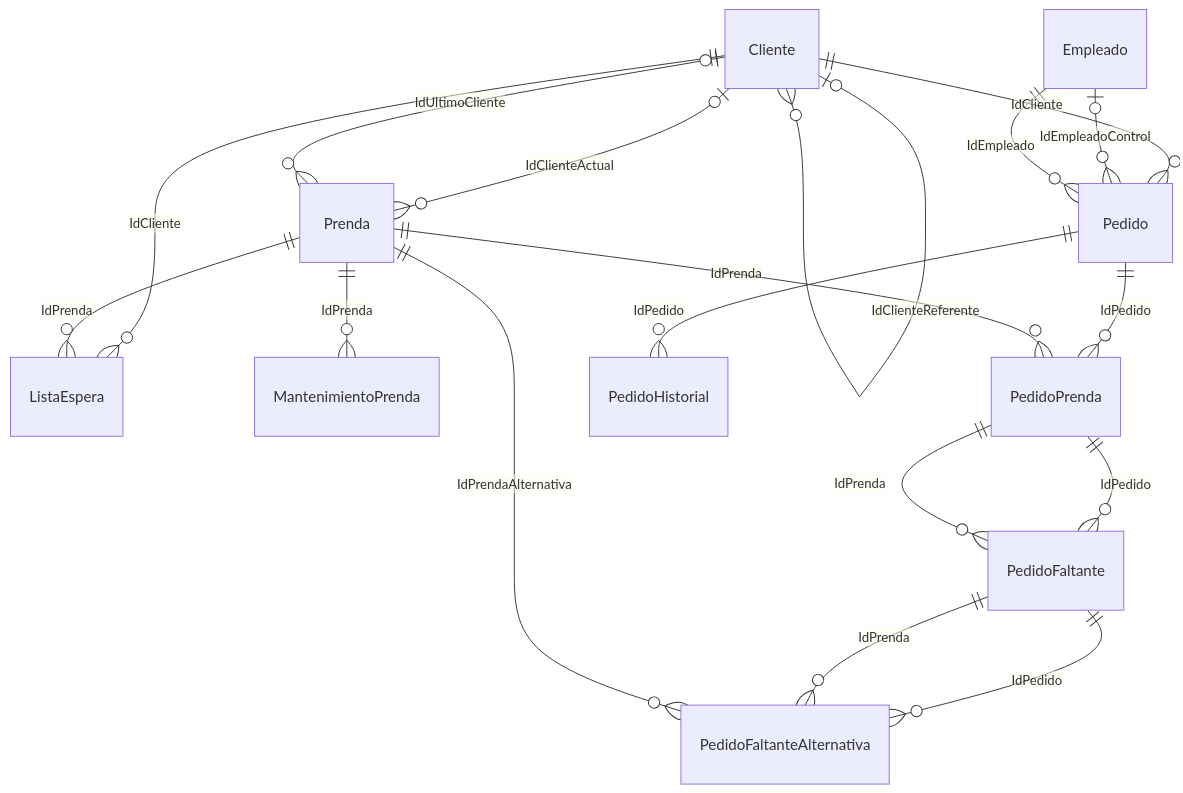
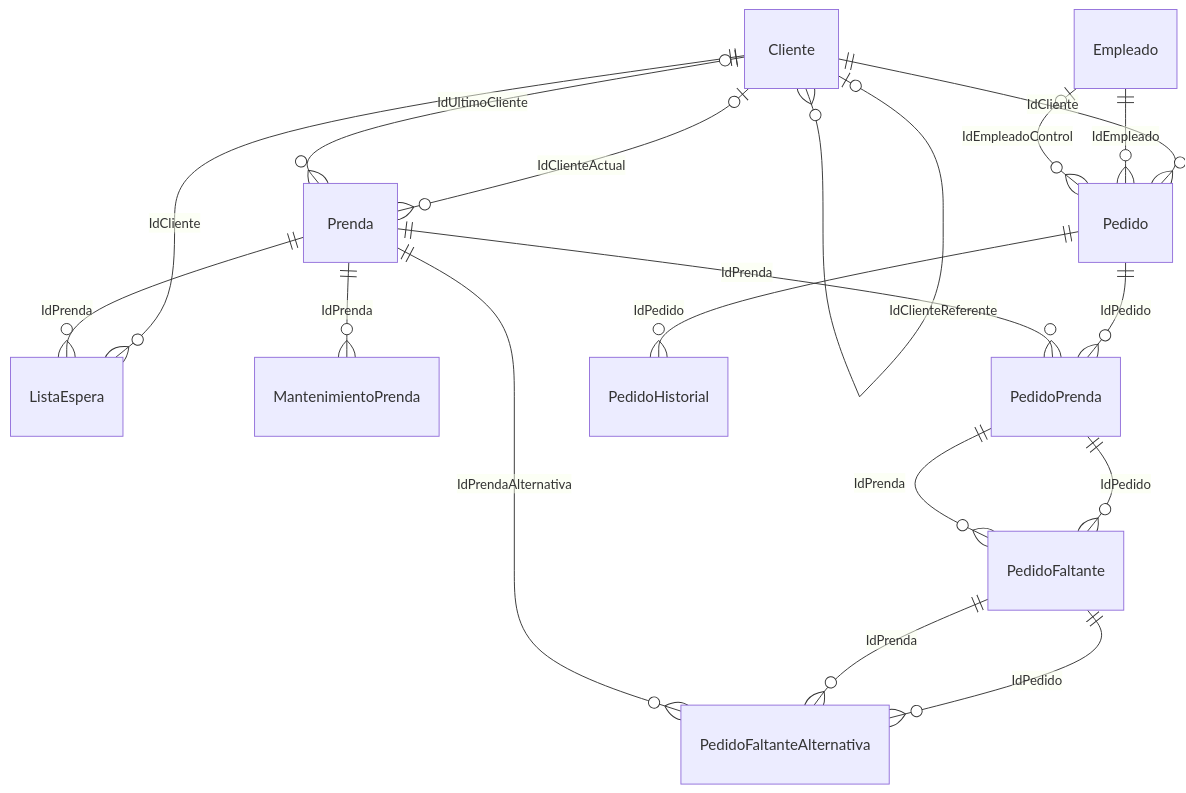
Before and after one commit to valentinamorana/Trabajo-de-Diploma: the diagram in docs/diagramas/mermaid/MC_pn01_pedidos.mmd, drawn with Mermaid. The commit also changed other lines of this file and 99 other files, not shown here.

```diff
--- a/docs/diagramas/mermaid/MC_pn01_pedidos.mmd
+++ b/docs/diagramas/mermaid/MC_pn01_pedidos.mmd
@@ -1,28 +1,28 @@
 erDiagram
   Cliente |o--o{ Cliente : "IdClienteReferente"
   Cliente ||--o{ ListaEspera : "IdCliente"
   Prenda ||--o{ ListaEspera : "IdPrenda"
   Prenda ||--o{ MantenimientoPrenda : "IdPrenda"
   Cliente ||--o{ Pedido : "IdCliente"
+  Empleado ||--o{ Pedido : "IdEmpleado"
   Empleado |o--o{ Pedido : "IdEmpleadoControl"
-  Empleado ||--o{ Pedido : "IdEmpleado"
   PedidoPrenda ||--o{ PedidoFaltante : "IdPedido"
   PedidoPrenda ||--o{ PedidoFaltante : "IdPrenda"
   PedidoFaltante ||--o{ PedidoFaltanteAlternativa : "IdPedido"
   PedidoFaltante ||--o{ PedidoFaltanteAlternativa : "IdPrenda"
   Prenda ||--o{ PedidoFaltanteAlternativa : "IdPrendaAlternativa"
   Pedido ||--o{ PedidoHistorial : "IdPedido"
   Pedido ||--o{ PedidoPrenda : "IdPedido"
   Prenda ||--o{ PedidoPrenda : "IdPrenda"
   Cliente |o--o{ Prenda : "IdClienteActual"
   Cliente |o--o{ Prenda : "IdUltimoCliente"
   Cliente
   Empleado
   Pedido
   PedidoPrenda
   PedidoFaltante
   PedidoFaltanteAlternativa
   PedidoHistorial
   Prenda
   ListaEspera
   MantenimientoPrenda
```
